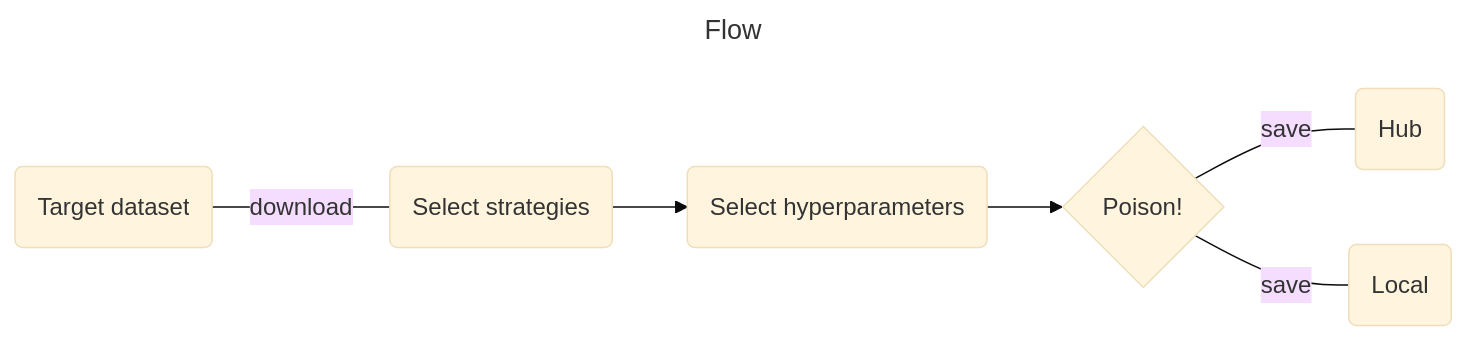
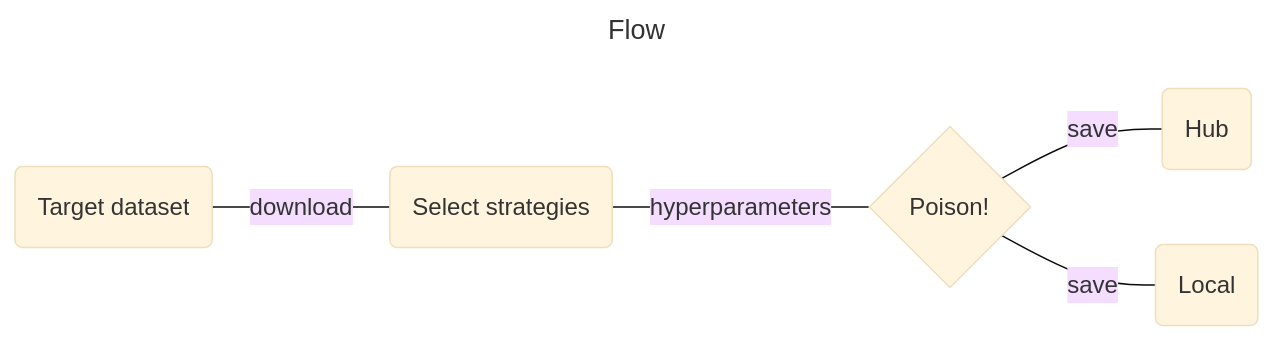
Before and after one commit to JosephTLucas/its_thorn: the diagram in README.md, drawn with Mermaid (base theme).

Commit message:
simplify flowchart

````diff
--- a/README.md
+++ b/README.md
@@ -7,11 +7,10 @@
 ```mermaid
 ---
 title: Flow
 ---
 flowchart LR
     id1(Target dataset) -- download ---id2(Select strategies)
-    id2(Select strategies) --> id3(Select hyperparameters)
-    id3(Select hyperparameters) --> id4{Poison!}
-    id4{Poison!}-- save ---id5(Hub)
-    id4{Poison!}-- save ---id6(Local)
+    id2(Select strategies)-- hyperparameters ---id3{Poison!}
+    id3{Poison!}-- save ---id4(Hub)
+    id3{Poison!}-- save ---id5(Local)
 ```
````
